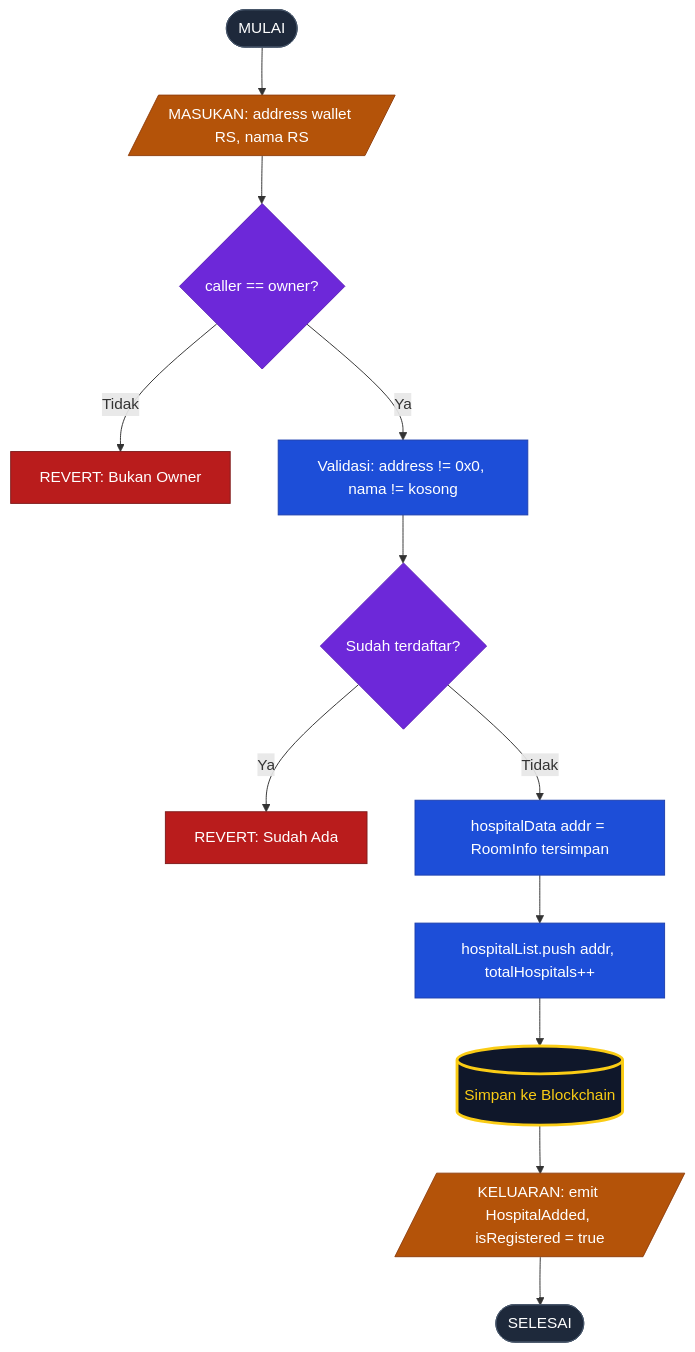
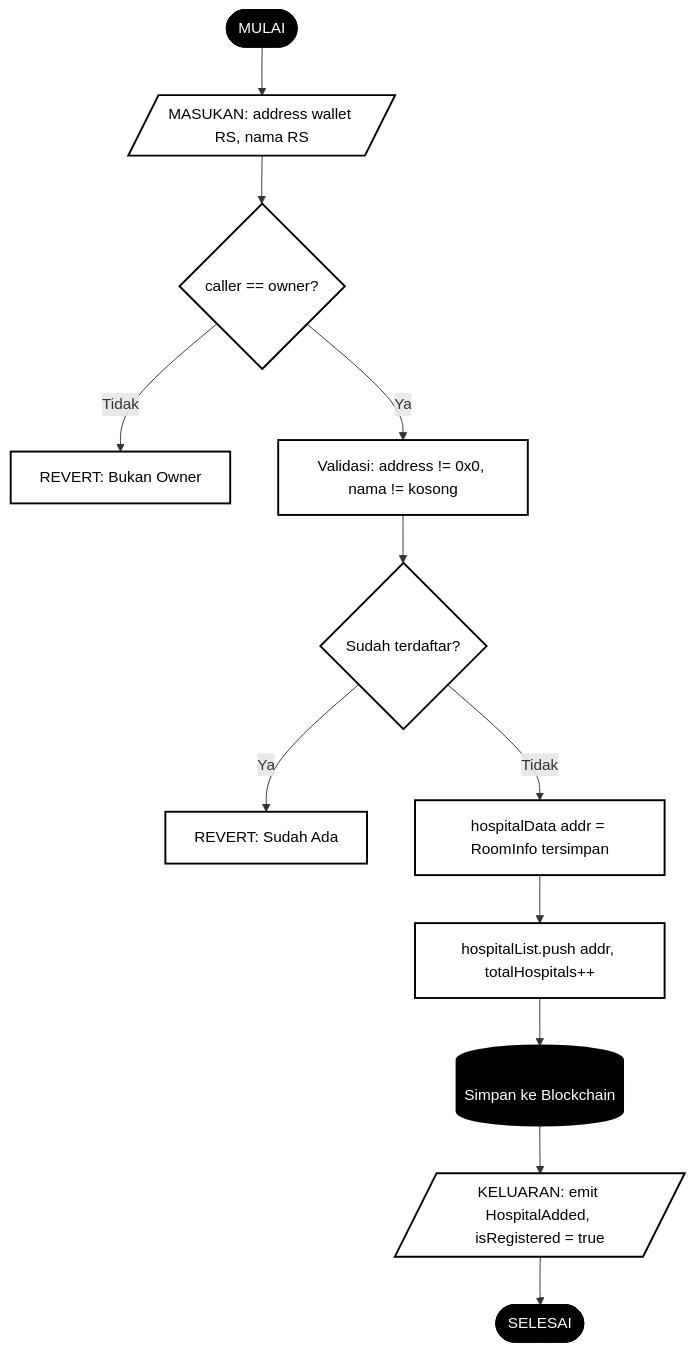
The second of 7 diagrams in readme/capstone_blockchain.md (abuab234/Status-Ketersediaan-Kamar-RS), drawn with Mermaid before and after one commit. The commit also changed other lines of this file, not shown here.

````diff
--- a/readme/capstone_blockchain.md
+++ b/readme/capstone_blockchain.md
@@ -168,27 +168,27 @@
 ```mermaid
 flowchart TD
     A1([MULAI]) --> A2[/"MASUKAN: address wallet RS, nama RS"/]
     A2 --> A3{"caller == owner?"}
     A3 -->|"Tidak"| AR1["REVERT: Bukan Owner"]
     A3 -->|"Ya"| A4["Validasi: address != 0x0, nama != kosong"]
     A4 --> A5{"Sudah terdaftar?"}
     A5 -->|"Ya"| AR2["REVERT: Sudah Ada"]
     A5 -->|"Tidak"| A6["hospitalData addr = RoomInfo tersimpan"]
     A6 --> A7["hospitalList.push addr, totalHospitals++"]
     A7 --> ADB[("Simpan ke Blockchain")]
     ADB --> A8[/"KELUARAN: emit HospitalAdded, isRegistered = true"/]
     A8 --> A9([SELESAI])
 
-    style A1 fill:#1e293b,color:#fff,stroke:#475569
-    style A9 fill:#1e293b,color:#fff,stroke:#475569
-    style AR1 fill:#b91c1c,color:#fff,stroke:#7f1d1d
-    style AR2 fill:#b91c1c,color:#fff,stroke:#7f1d1d
-    style A3 fill:#6d28d9,color:#fff,stroke:#5b21b6
-    style A5 fill:#6d28d9,color:#fff,stroke:#5b21b6
-    style A4 fill:#1d4ed8,color:#fff,stroke:#1e40af
-    style A6 fill:#1d4ed8,color:#fff,stroke:#1e40af
-    style A7 fill:#1d4ed8,color:#fff,stroke:#1e40af
-    style A2 fill:#b45309,color:#fff,stroke:#92400e
-    style A8 fill:#b45309,color:#fff,stroke:#92400e
-    style ADB fill:#0f172a,color:#facc15,stroke:#facc15,stroke-width:3px
+    style A1 fill:#000,color:#fff,stroke:#000
+    style A9 fill:#000,color:#fff,stroke:#000
+    style AR1 fill:#fff,color:#000,stroke:#000,stroke-width:2px
+    style AR2 fill:#fff,color:#000,stroke:#000,stroke-width:2px
+    style A3 fill:#fff,color:#000,stroke:#000,stroke-width:2px
+    style A5 fill:#fff,color:#000,stroke:#000,stroke-width:2px
+    style A4 fill:#fff,color:#000,stroke:#000,stroke-width:2px
+    style A6 fill:#fff,color:#000,stroke:#000,stroke-width:2px
+    style A7 fill:#fff,color:#000,stroke:#000,stroke-width:2px
+    style A2 fill:#fff,color:#000,stroke:#000,stroke-width:2px
+    style A8 fill:#fff,color:#000,stroke:#000,stroke-width:2px
+    style ADB fill:#000,color:#fff,stroke:#000,stroke-width:3px
 ```
````
